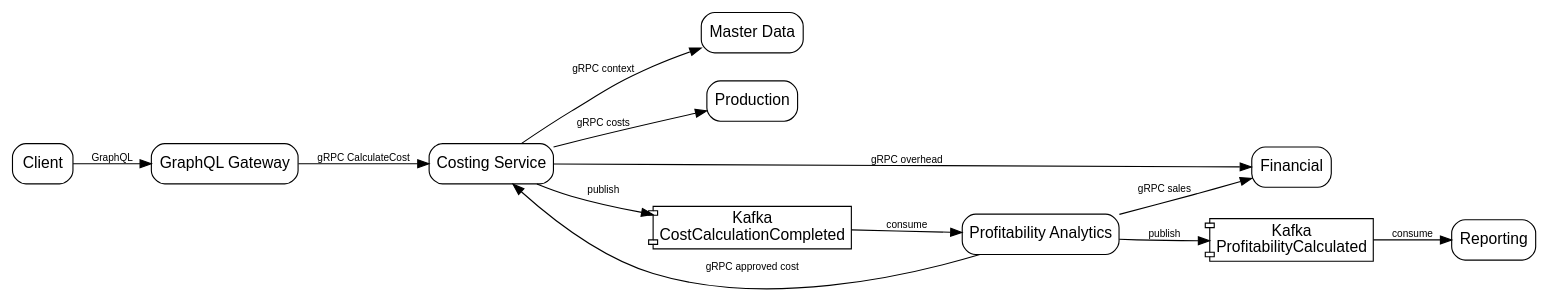
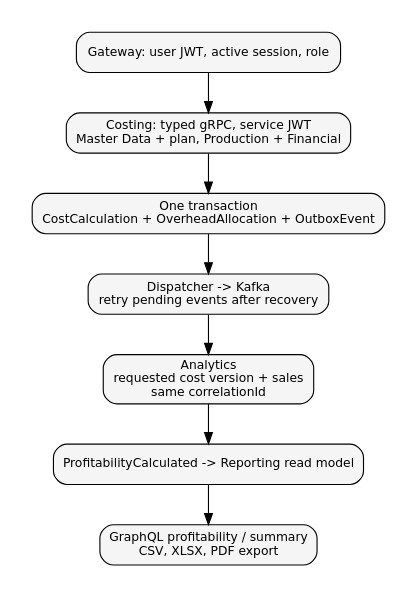
One commit to burbble/iisik changed the diagram in docs/execution_flow.dot. Above: the diagram before and after it, drawn with Graphviz. The commit also changed 12 other files, not shown here.

First line of the commit message:
docs: describe corrected architecture and verification scenarios

```diff
--- a/docs/execution_flow.dot
+++ b/docs/execution_flow.dot
@@ -1,28 +1,13 @@
-digraph G {
-  graph [rankdir=LR, bgcolor="white", fontname="Arial", nodesep=0.35, ranksep=0.45];
-  node [shape=box, style="rounded", color="black", fontcolor="black", fontname="Arial"];
-  edge [color="black", fontcolor="black", fontname="Arial", fontsize=9];
-
-  client [label="Client"];
-  gateway [label="GraphQL Gateway"];
-  costing [label="Costing Service"];
-  master [label="Master Data"];
-  production [label="Production"];
-  financial [label="Financial"];
-  kafka1 [label="Kafka\nCostCalculationCompleted", shape=component];
-  analytics [label="Profitability Analytics"];
-  kafka2 [label="Kafka\nProfitabilityCalculated", shape=component];
-  reporting [label="Reporting"];
-
-  client -> gateway [label="GraphQL"];
-  gateway -> costing [label="gRPC CalculateCost"];
-  costing -> master [label="gRPC context"];
-  costing -> production [label="gRPC costs"];
-  costing -> financial [label="gRPC overhead"];
-  costing -> kafka1 [label="publish"];
-  kafka1 -> analytics [label="consume"];
-  analytics -> costing [label="gRPC approved cost"];
-  analytics -> financial [label="gRPC sales"];
-  analytics -> kafka2 [label="publish"];
-  kafka2 -> reporting [label="consume"];
+digraph Flow {
+ graph [rankdir=TB,bgcolor="white",pad=0.3];
+ node [shape=box,fontname="DejaVu Sans",fontsize=11,style="rounded,filled",fillcolor="#f5f5f5"];
+ edge [fontname="DejaVu Sans",fontsize=9];
+ a [label="Gateway: user JWT, active session, role"];
+ b [label="Costing: typed gRPC, service JWT\nMaster Data + plan, Production + Financial"];
+ c [label="One transaction\nCostCalculation + OverheadAllocation + OutboxEvent"];
+ d [label="Dispatcher -> Kafka\nretry pending events after recovery"];
+ e [label="Analytics\nrequested cost version + sales\nsame correlationId"];
+ f [label="ProfitabilityCalculated -> Reporting read model"];
+ g [label="GraphQL profitability / summary\nCSV, XLSX, PDF export"];
+ a -> b -> c -> d -> e -> f -> g;
 }
```
